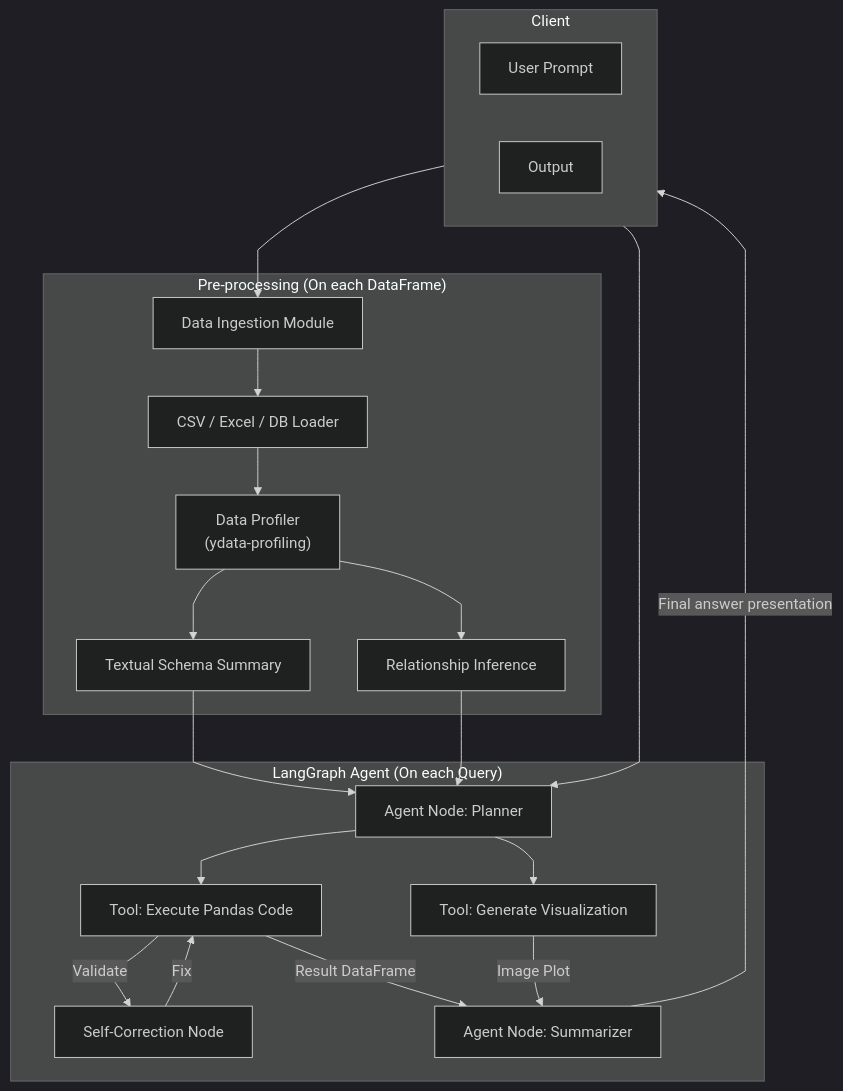
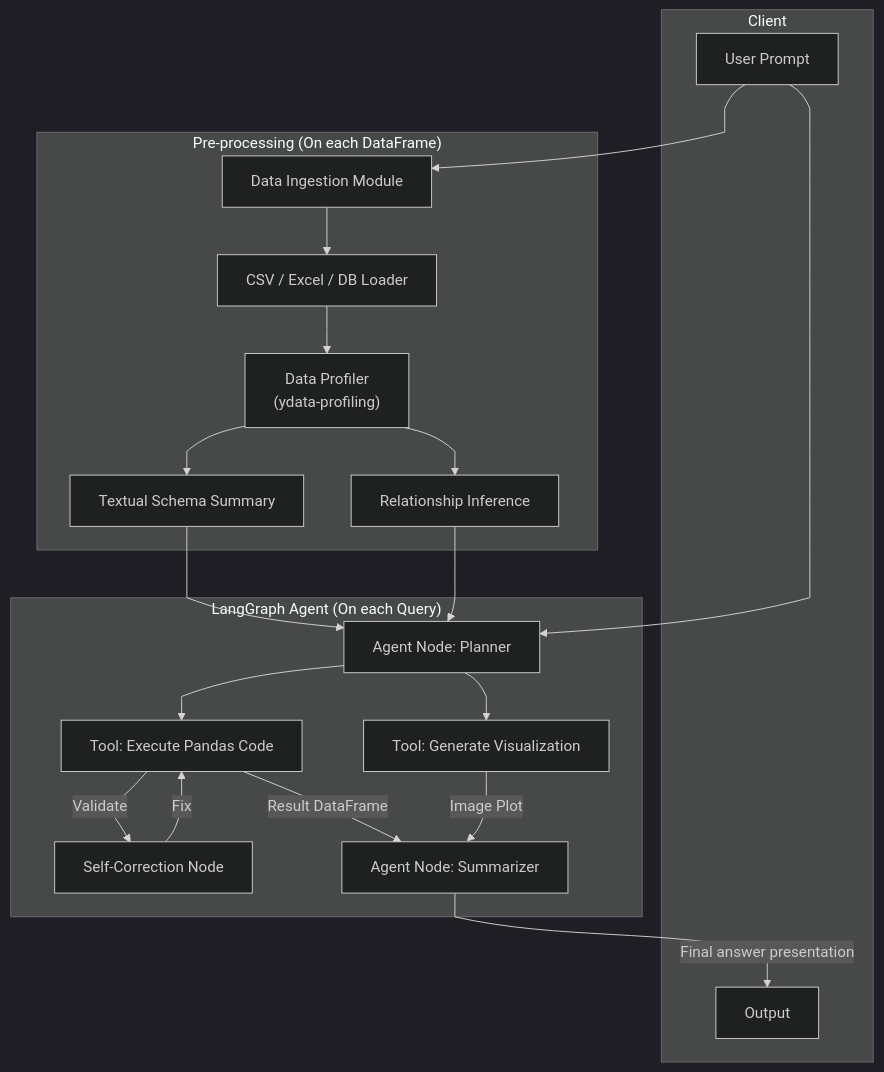
One commit to Noone9725/R2AI-Stage-2 changed the diagram in documentation/intro.md. Above: the diagram before and after it, drawn with Mermaid (dark theme). The commit also changed other lines of this file, not shown here.

````diff
--- a/documentation/intro.md
+++ b/documentation/intro.md
@@ -33,34 +33,34 @@
 ```mermaid
 graph TD
 %%{init: {'flowchart': {'curve': 'monotoneX'}}}%%
 
       subgraph DataProcess["Pre-processing (On each DataFrame)"]
             B[Data Ingestion Module] --> C["CSV / Excel / DB Loader"]
             C --> D["Data Profiler \n (ydata-profiling)"]
             D --> E[Textual Schema Summary]
             D --> F[Relationship Inference]
       end
 
       subgraph Row["Client"]
-            direction LR
-            A[User Prompt] --> B
+            A[User Prompt]
             M[Output]
       end
 
       subgraph LangGraph["LangGraph Agent (On each Query)"]
             A --> H["Agent Node: Planner"]
 
             H --> I["Tool: Execute Pandas Code"]
             H --> J["Tool: Generate Visualization"]
 
             I -- Validate --> K[Self-Correction Node]
             K -- Fix --> I
 
             I -- Result DataFrame --> L["Agent Node: Summarizer"]
             J -- Image Plot --> L
       end
 
+      A --> B
       E --> H
       F --> H
       L -- Final answer presentation --> M
 ```
````
